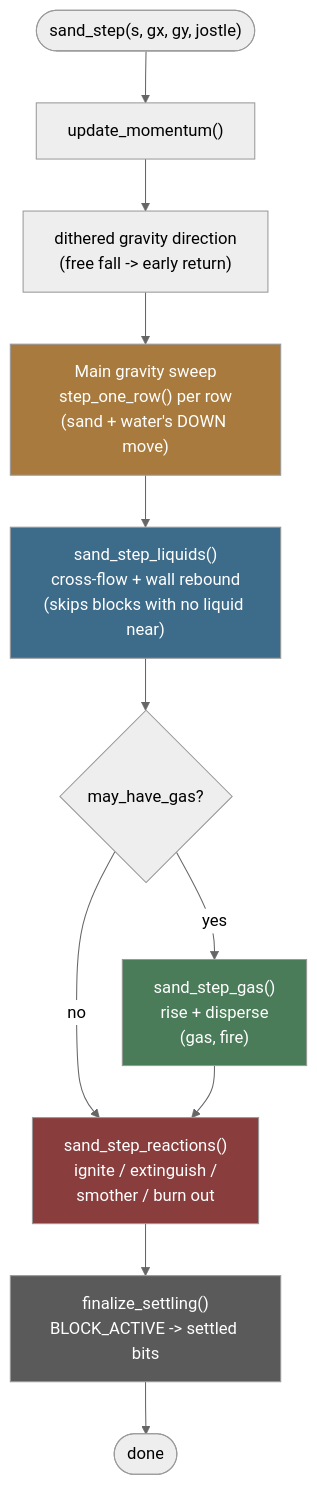
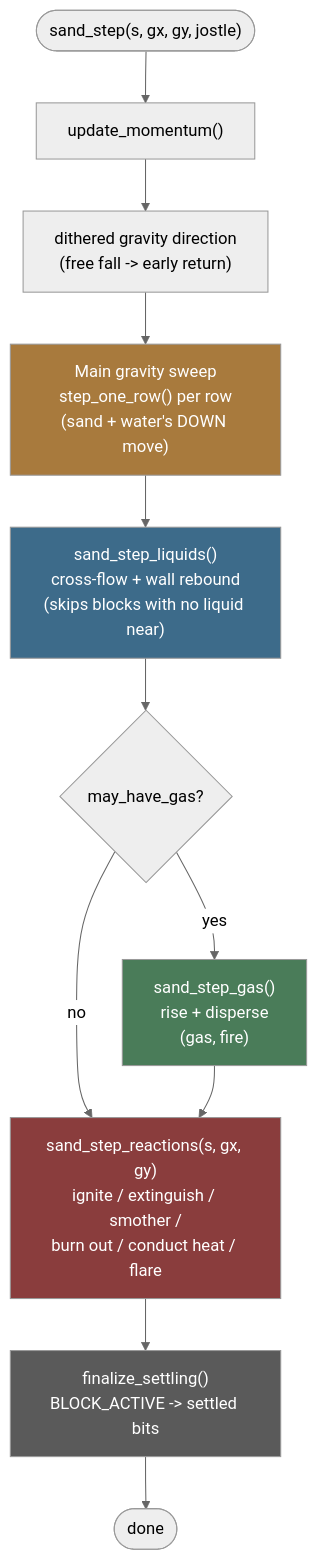
One commit to jose-villegas/esp32-c6-dev changed the second of 4 diagrams in docs/Sand/Architecture.md. Above: the diagram before and after it, drawn with Mermaid (neutral theme). The commit also changed other lines of this file and 2 other files, not shown here.

````diff
--- a/docs/Sand/Architecture.md
+++ b/docs/Sand/Architecture.md
@@ -100,19 +142,19 @@
 ```mermaid
 flowchart TD
     Start(["sand_step(s, gx, gy, jostle)"]) --> Mom["update_momentum()"]
     Mom --> Dith["dithered gravity direction\n(free fall -> early return)"]
     Dith --> Sweep["Main gravity sweep\nstep_one_row() per row\n(sand + water's DOWN move)"]
     Sweep --> Liq["sand_step_liquids()\ncross-flow + wall rebound\n(skips blocks with no liquid near)"]
     Liq --> GasCheck{"may_have_gas?"}
     GasCheck -- yes --> Gas["sand_step_gas()\nrise + disperse\n(gas, fire)"]
     GasCheck -- no --> React
-    Gas --> React["sand_step_reactions()\nignite / extinguish /\nsmother / burn out"]
+    Gas --> React["sand_step_reactions(s, gx, gy)\nignite / extinguish / smother /\nburn out / conduct heat / flare"]
     React --> Fin["finalize_settling()\nBLOCK_ACTIVE -> settled bits"]
     Fin --> End(["done"])
 
     style Sweep fill:#a87a3d,color:#fff
     style Liq fill:#3d6b8a,color:#fff
     style Gas fill:#4a7c59,color:#fff
     style React fill:#8a3d3d,color:#fff
     style Fin fill:#5a5a5a,color:#fff
 ```
````
